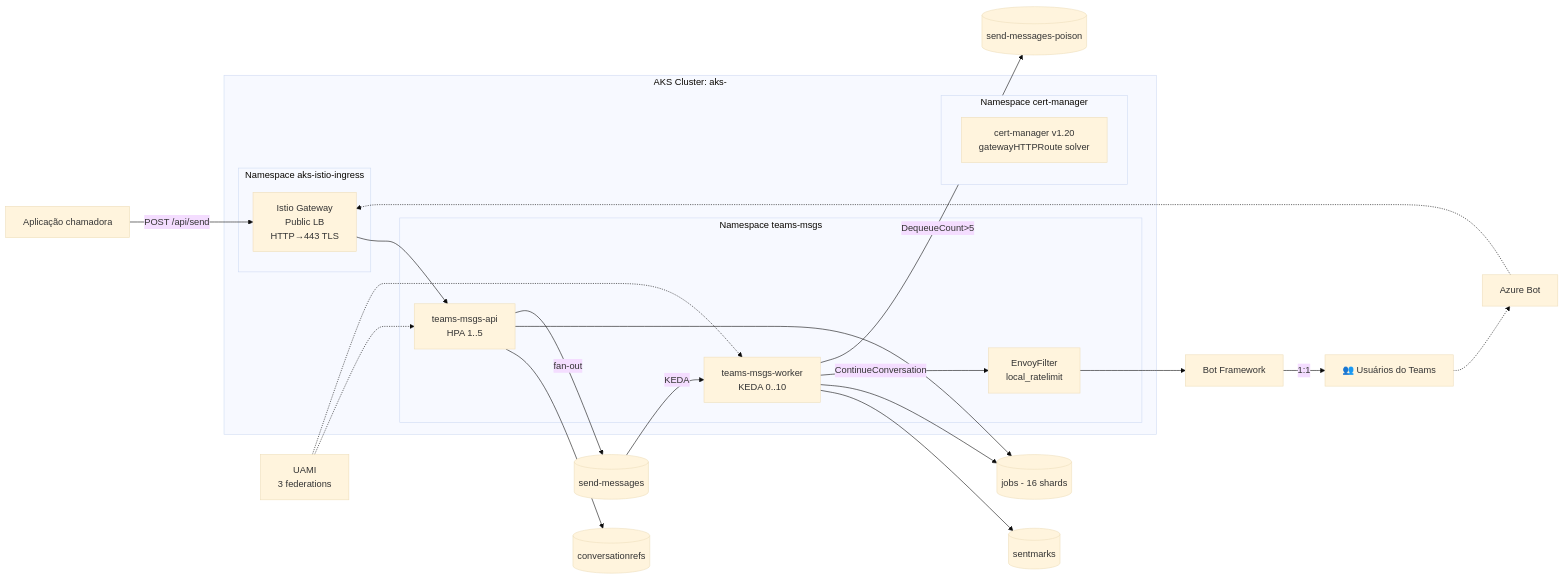
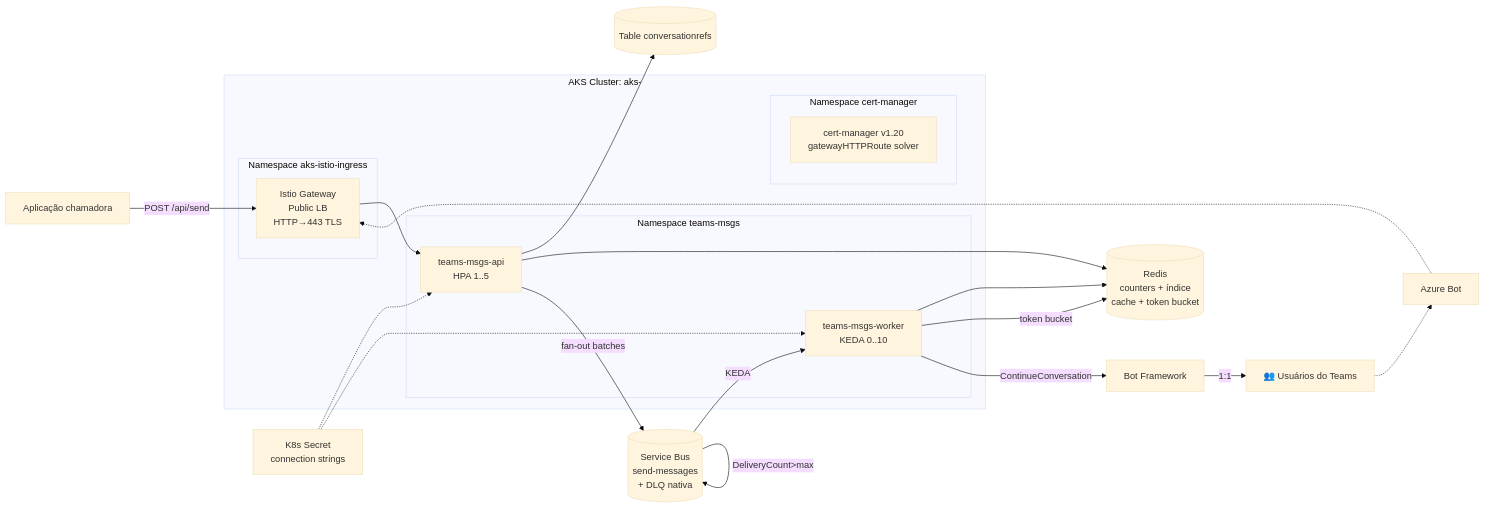
Before and after one commit to EdneiMonteiro/teams_msgs_dotnet: the diagram in docs/architecture.md, drawn with Mermaid (base theme). The commit also changed other lines of this file and 3 other files, not shown here.

First line of the commit message:
docs(arch): revert narrative to Service Bus + Redis + connection strings

````diff
--- a/docs/architecture.md
+++ b/docs/architecture.md
@@ -7,45 +7,41 @@
 ```mermaid
 graph LR
     Client[Aplicação chamadora]
     Users[👥 Usuários do Teams]
     BF[Bot Framework]
 
     subgraph "AKS Cluster: aks-<seu-cluster>"
         subgraph "Namespace aks-istio-ingress"
             Gateway[Istio Gateway<br/>Public LB<br/>HTTP→443 TLS]
         end
         subgraph "Namespace teams-msgs"
             API[teams-msgs-api<br/>HPA 1..5]
             Worker[teams-msgs-worker<br/>KEDA 0..10]
-            EF[EnvoyFilter<br/>local_ratelimit]
         end
         subgraph "Namespace cert-manager"
             CM[cert-manager v1.20<br/>gatewayHTTPRoute solver]
         end
     end
 
-    Refs[(conversationrefs)]
-    Jobs[(jobs - 16 shards)]
-    Marks[(sentmarks)]
-    SQ[(send-messages)]
-    Poison[(send-messages-poison)]
+    Refs[(Table conversationrefs)]
+    Redis[(Redis<br/>counters + índice<br/>cache + token bucket)]
+    SB[(Service Bus<br/>send-messages<br/>+ DLQ nativa)]
     AzBot[Azure Bot]
-    UAMI[UAMI<br/>3 federations]
+    Secret[K8s Secret<br/>connection strings]
 
     Client -->|POST /api/send| Gateway
     Gateway --> API
     API --> Refs
-    API --> Jobs
-    API -->|fan-out| SQ
-    SQ -->|KEDA| Worker
-    Worker --> Marks
-    Worker --> Jobs
-    Worker -->|ContinueConversation| EF
-    EF --> BF
+    API --> Redis
+    API -->|fan-out batches| SB
+    SB -->|KEDA| Worker
+    Worker --> Redis
+    Worker -->|token bucket| Redis
+    Worker -->|ContinueConversation| BF
     BF -->|1:1| Users
-    Worker -->|DequeueCount>5| Poison
+    SB -->|DeliveryCount>max| SB
     Users -.-> AzBot
     AzBot -.-> Gateway
-    UAMI -.-> API
-    UAMI -.-> Worker
+    Secret -.-> API
+    Secret -.-> Worker
 ```
````
